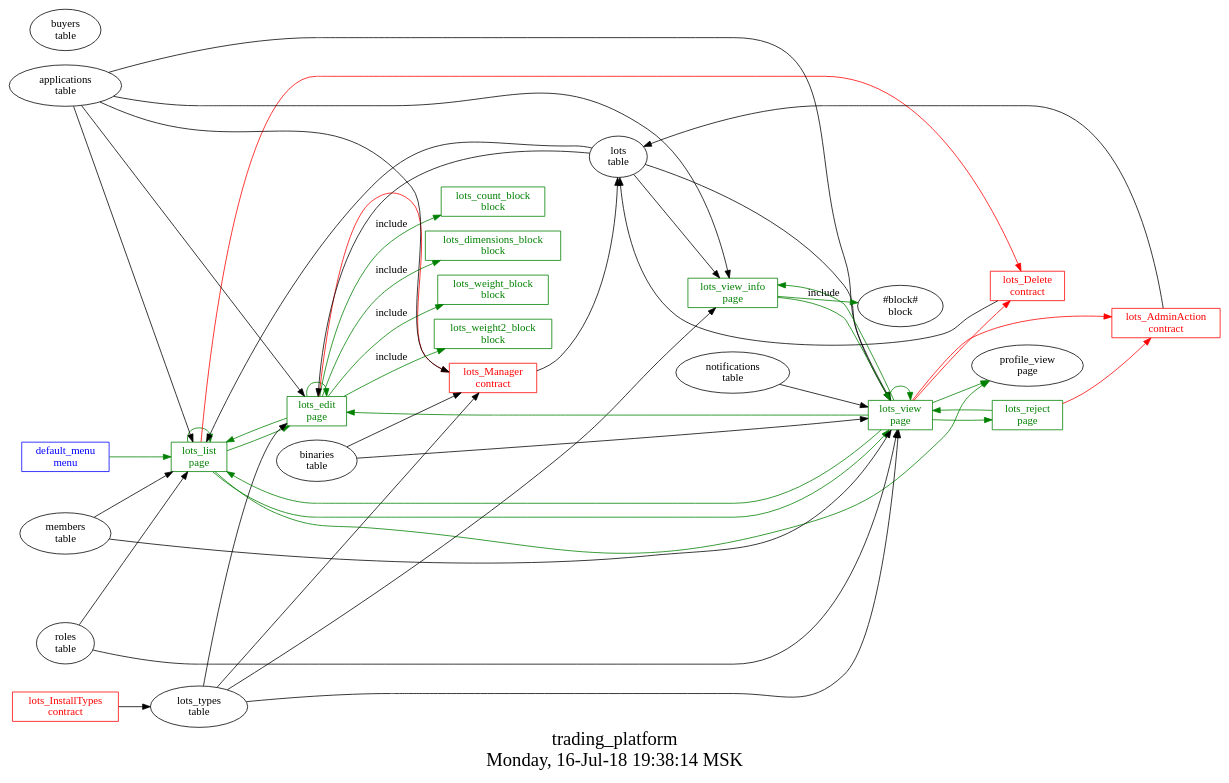
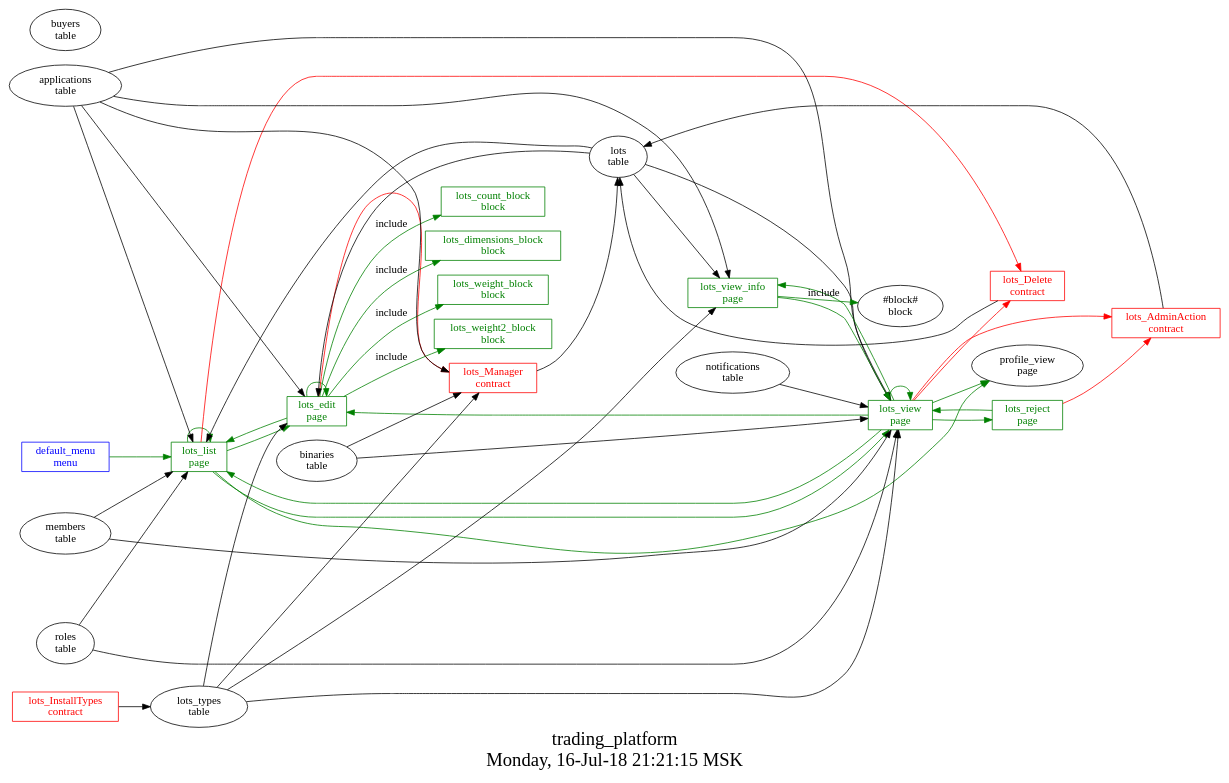
Before and after one commit to AplaProject/apps: the diagram in src/trading_platform/struct.dot, drawn with Graphviz. The commit also changed 4 other files, not shown here.

```diff
--- a/src/trading_platform/struct.dot
+++ b/src/trading_platform/struct.dot
@@ -1,76 +1,76 @@
 digraph G {
 graph [
   fontsize="24";
-  label="trading_platform\nMonday, 16-Jul-18 19:38:14 MSK";
+  label="trading_platform\nMonday, 16-Jul-18 21:21:15 MSK";
   nojustify=true;
   ordering=out;
   rankdir=LR;
   size="30";
 ];
 "default_menu\nmenu" -> "lots_list\npage"  [ color=green ]
 "default_menu\nmenu" [color=blue, fontcolor=blue, group=menus, shape=record];
 "lots_edit\npage" -> "lots_Manager\ncontract"  [ color=red ]
 "applications\ntable" -> "lots_edit\npage"
 "lots\ntable" -> "lots_edit\npage"
 "lots_types\ntable" -> "lots_edit\npage"
 "lots_edit\npage" -> "lots_list\npage"  [ color=green ]
 "lots_edit\npage" -> "lots_edit\npage"  [ color=green ]
 "lots_edit\npage" -> "lots_count_block\nblock"  [ color=green, label=include ]
 "lots_edit\npage" -> "lots_dimensions_block\nblock"  [ color=green, label=include ]
 "lots_edit\npage" -> "lots_weight_block\nblock"  [ color=green, label=include ]
 "lots_edit\npage" -> "lots_weight2_block\nblock"  [ color=green, label=include ]
 "lots_edit\npage" [color=green, fontcolor=green, group=pages, shape=record];
 "lots_list\npage" -> "lots_Delete\ncontract"  [ color=red ]
 "applications\ntable" -> "lots_list\npage"
 "roles\ntable" -> "lots_list\npage"
 "lots\ntable" -> "lots_list\npage"
 "members\ntable" -> "lots_list\npage"
 "lots_list\npage" -> "lots_edit\npage"  [ color=green ]
 "lots_list\npage" -> "lots_list\npage"  [ color=green ]
 "lots_list\npage" -> "lots_view\npage"  [ color=green ]
 "lots_list\npage" -> "profile_view\npage"  [ color=green ]
 "lots_list\npage" [color=green, fontcolor=green, group=pages, shape=record];
 "lots_reject\npage" -> "lots_AdminAction\ncontract"  [ color=red ]
 "lots_reject\npage" -> "lots_view\npage"  [ color=green ]
 "lots_reject\npage" [color=green, fontcolor=green, group=pages, shape=record];
 "lots_view\npage" -> "lots_AdminAction\ncontract"  [ color=red ]
 "lots_view\npage" -> "lots_Delete\ncontract"  [ color=red ]
 "notifications\ntable" -> "lots_view\npage"
 "applications\ntable" -> "lots_view\npage"
 "lots\ntable" -> "lots_view\npage"
 "lots_types\ntable" -> "lots_view\npage"
 "roles\ntable" -> "lots_view\npage"
 "members\ntable" -> "lots_view\npage"
 "binaries\ntable" -> "lots_view\npage"
 "lots_view\npage" -> "profile_view\npage"  [ color=green ]
 "lots_view\npage" -> "lots_reject\npage"  [ color=green ]
 "lots_view\npage" -> "lots_view\npage"  [ color=green ]
 "lots_view\npage" -> "lots_view_info\npage"  [ color=green ]
 "lots_view\npage" -> "lots_list\npage"  [ color=green ]
 "lots_view\npage" -> "lots_edit\npage"  [ color=green ]
 "lots_view\npage" [color=green, fontcolor=green, group=pages, shape=record];
 "applications\ntable" -> "lots_view_info\npage"
 "lots\ntable" -> "lots_view_info\npage"
 "lots_types\ntable" -> "lots_view_info\npage"
 "lots_view_info\npage" -> "lots_view\npage"  [ color=green ]
 "lots_view_info\npage" -> "#block#\nblock"  [ color=green, label=include ]
 "lots_view_info\npage" [color=green, fontcolor=green, group=pages, shape=record];
 "lots_count_block\nblock" [color=green, fontcolor=green, group=blocks, shape=record];
 "lots_dimensions_block\nblock" [color=green, fontcolor=green, group=blocks, shape=record];
 "lots_weight2_block\nblock" [color=green, fontcolor=green, group=blocks, shape=record];
 "lots_weight_block\nblock" [color=green, fontcolor=green, group=blocks, shape=record];
 "lots_AdminAction\ncontract" -> "lots\ntable"  [ color="" ]
 "lots_AdminAction\ncontract" [color=red, fontcolor=red, group=contracts, shape=record];
 "lots_Delete\ncontract" -> "lots\ntable"  [ color="" ]
 "lots_Delete\ncontract" [color=red, fontcolor=red, group=contracts, shape=record];
 "lots_InstallTypes\ncontract" -> "lots_types\ntable"  [ color="" ]
 "lots_InstallTypes\ncontract" [color=red, fontcolor=red, group=contracts, shape=record];
 "lots_Manager\ncontract" -> "lots\ntable"  [ color="" ]
 "lots_types\ntable" -> "lots_Manager\ncontract"
 "applications\ntable" -> "lots_Manager\ncontract"
 "binaries\ntable" -> "lots_Manager\ncontract"
 "lots_Manager\ncontract" [color=red, fontcolor=red, group=contracts, shape=record];
 "buyers\ntable" [color="", fontcolor="", group=tables, shape=""];
 "lots\ntable" [color="", fontcolor="", group=tables, shape=""];
 "lots_types\ntable" [color="", fontcolor="", group=tables, shape=""];
 }
```
